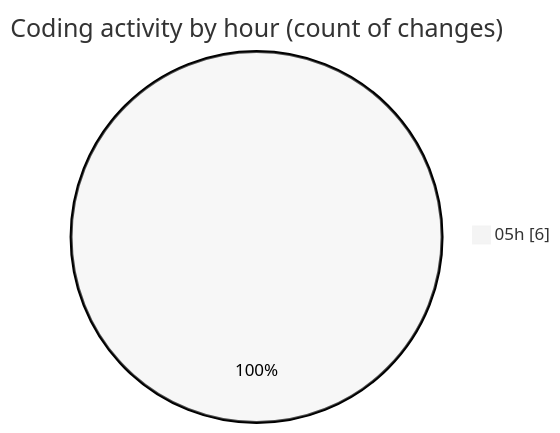
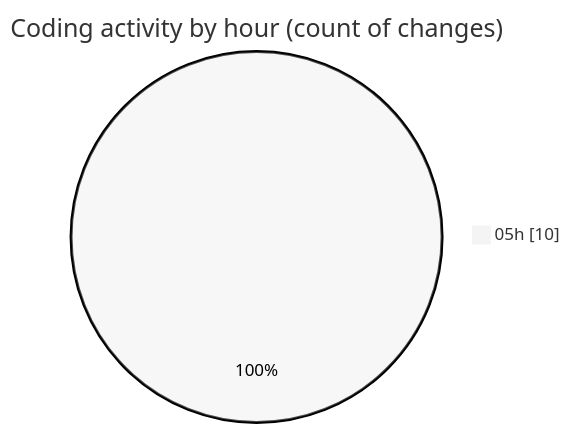
Before and after one commit to vahidmafi/code-tracking: the second of 2 diagrams in 2025-09-06/shop/README.md, drawn with Mermaid (neutral theme). The commit also changed other lines of this file and 1 other file, not shown here.

````diff
--- a/2025-09-06/shop/README.md
+++ b/2025-09-06/shop/README.md
@@ -30,5 +31,5 @@
 ```mermaid
 pie showData
 title Coding activity by hour (count of changes)
-"05h" : 6
+"05h" : 10
 ```
````
